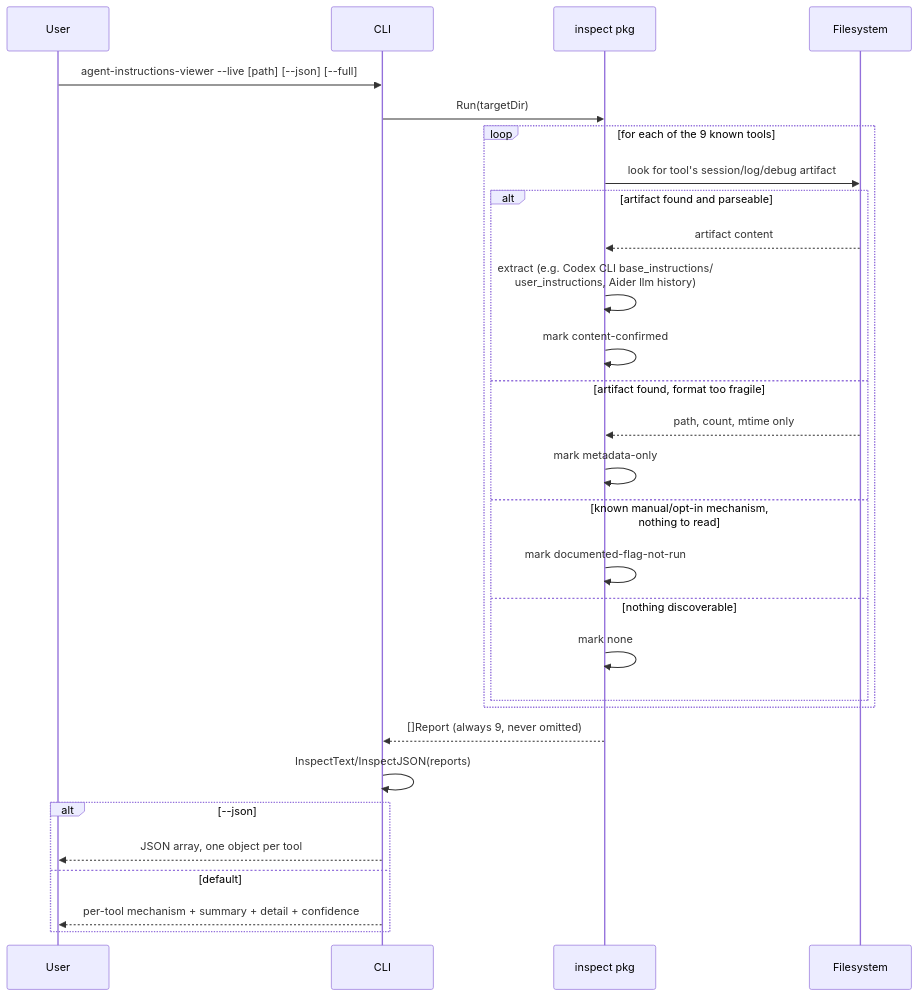
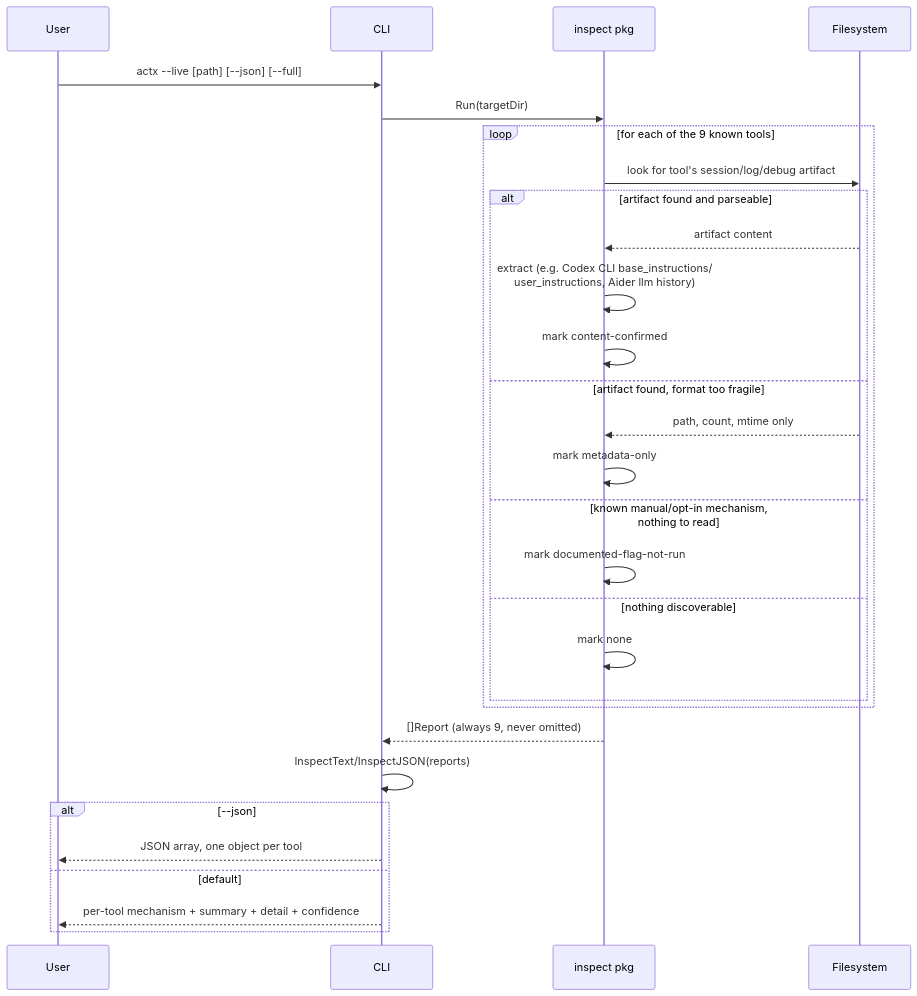
Before and after one commit to citadelgrad/agent-context-assembled: the third of 3 diagrams in docs/design.md, drawn with Mermaid. The commit also changed other lines of this file and 11 other files, not shown here.

First line of the commit message:
Rename project to actx (Agent conTeXt)

````diff
--- a/docs/design.md
+++ b/docs/design.md
@@ -291,32 +291,32 @@
 ```mermaid
 sequenceDiagram
     participant U as User
     participant CLI as CLI
     participant I as inspect pkg
     participant FS as Filesystem
 
-    U->>CLI: agent-instructions-viewer --live [path] [--json] [--full]
+    U->>CLI: actx --live [path] [--json] [--full]
     CLI->>I: Run(targetDir)
     loop for each of the 9 known tools
         I->>FS: look for tool's session/log/debug artifact
         alt artifact found and parseable
             FS-->>I: artifact content
             I->>I: extract (e.g. Codex CLI base_instructions/<br/>user_instructions, Aider llm history)
             I->>I: mark content-confirmed
         else artifact found, format too fragile
             FS-->>I: path, count, mtime only
             I->>I: mark metadata-only
         else known manual/opt-in mechanism, nothing to read
             I->>I: mark documented-flag-not-run
         else nothing discoverable
             I->>I: mark none
         end
     end
     I-->>CLI: []Report (always 9, never omitted)
     CLI->>CLI: InspectText/InspectJSON(reports)
     alt --json
         CLI-->>U: JSON array, one object per tool
     else default
         CLI-->>U: per-tool mechanism + summary + detail + confidence
     end
 ```
````
